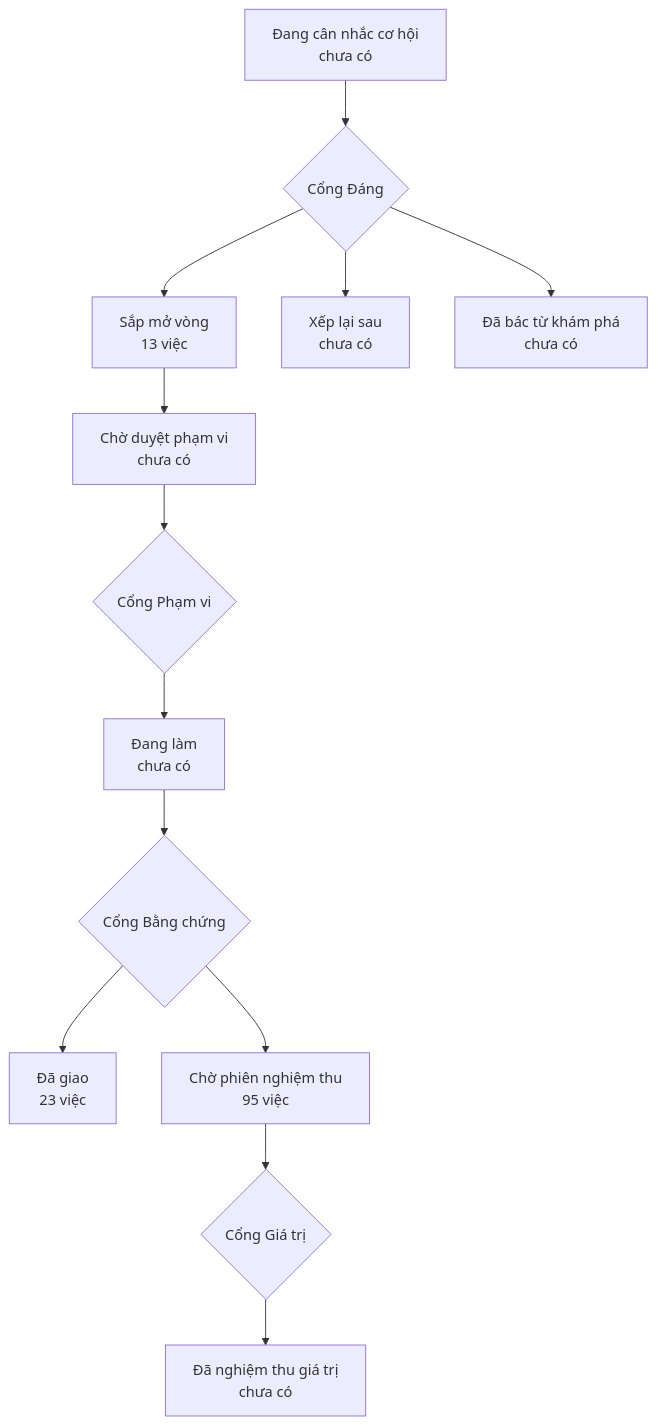
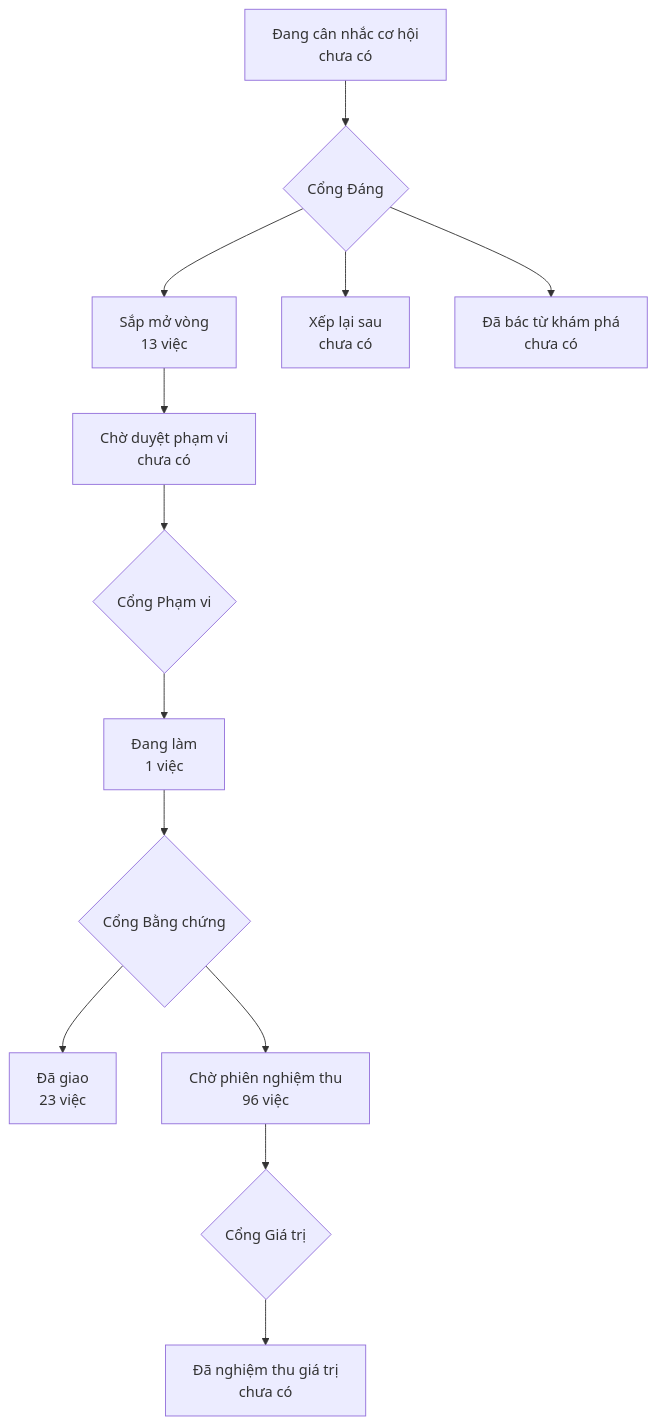
The diagram in PRODUCT-MAP.md (phanlemanh/onehub-quy-hang), drawn with Mermaid before and after one commit. The commit also changed other lines of this file and 1 other file, not shown here.

````diff
--- a/PRODUCT-MAP.md
+++ b/PRODUCT-MAP.md
@@ -7,12 +7,12 @@
 ```mermaid
 flowchart TD
   A["Đang cân nhắc cơ hội<br/>chưa có"] --> GD{"Cổng Đáng"}
   GD --> B["Sắp mở vòng<br/>13 việc"]
   GD --> XL["Xếp lại sau<br/>chưa có"]
   GD --> DB["Đã bác từ khám phá<br/>chưa có"]
   B --> CD["Chờ duyệt phạm vi<br/>chưa có"] --> GP{"Cổng Phạm vi"}
-  GP --> DL["Đang làm<br/>chưa có"] --> GB{"Cổng Bằng chứng"}
+  GP --> DL["Đang làm<br/>1 việc"] --> GB{"Cổng Bằng chứng"}
   GB --> DG["Đã giao<br/>23 việc"]
-  GB --> CN["Chờ phiên nghiệm thu<br/>95 việc"] --> GG{"Cổng Giá trị"}
+  GB --> CN["Chờ phiên nghiệm thu<br/>96 việc"] --> GG{"Cổng Giá trị"}
   GG --> NT["Đã nghiệm thu giá trị<br/>chưa có"]
 ```
````
